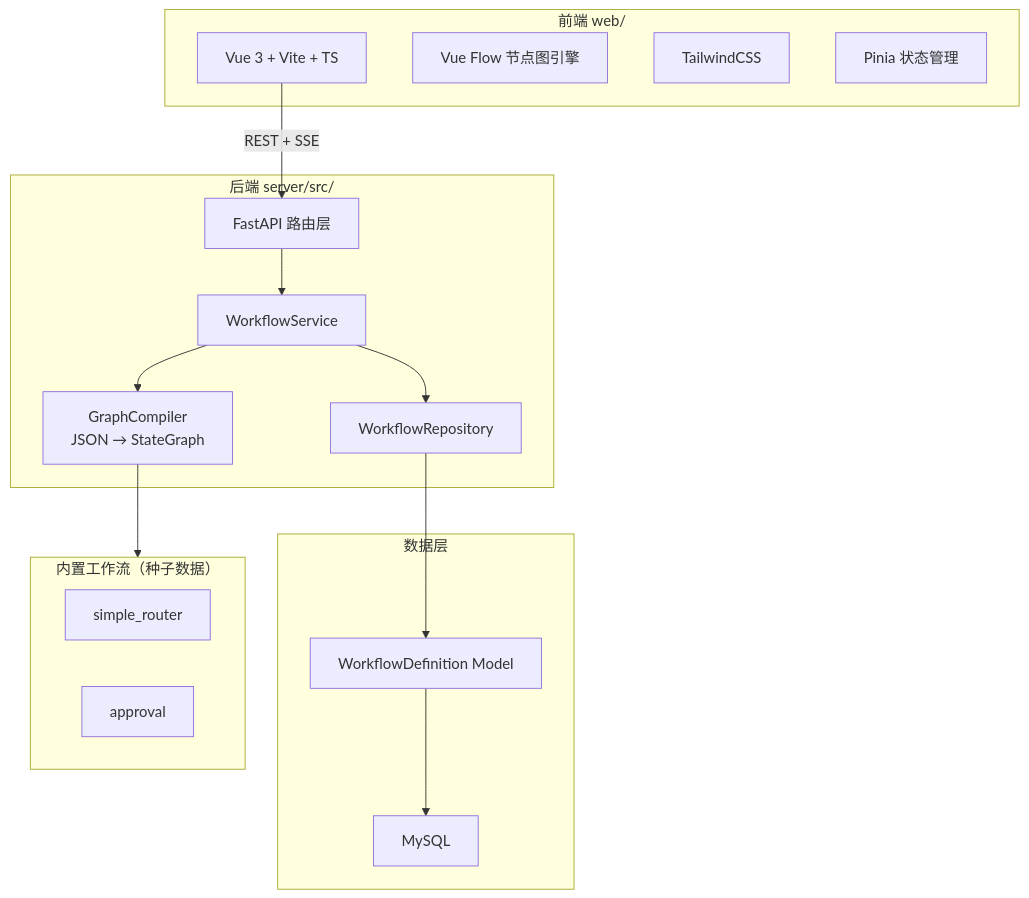
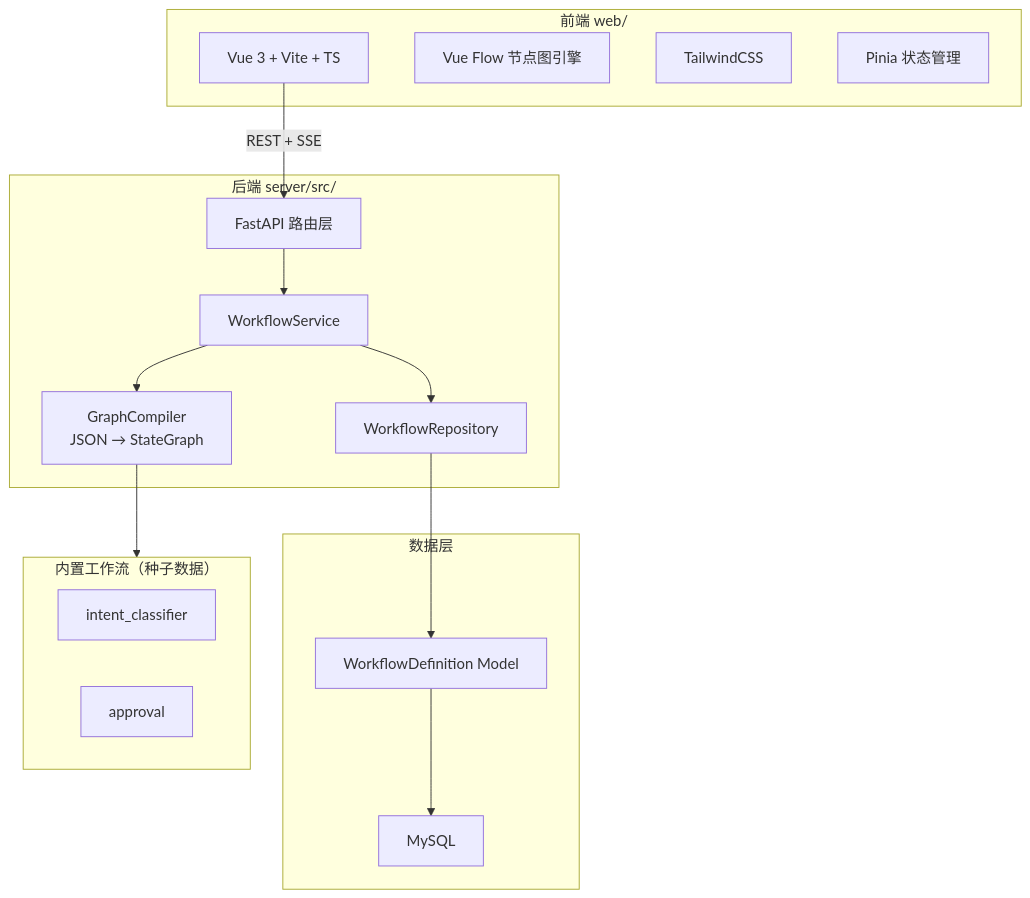
The first of 2 diagrams in .trae/documents/workflow-visualizer-tech.md (chain-engine/x-langgraph), drawn with Mermaid before and after one commit. The commit also changed other lines of this file and 11 other files, not shown here.

First line of the commit message:
refactor: rename simple_router -> intent_classifier across all files

````diff
--- a/.trae/documents/workflow-visualizer-tech.md
+++ b/.trae/documents/workflow-visualizer-tech.md
@@ -5,34 +5,34 @@
 ```mermaid
 graph TB
     subgraph Frontend["前端 web/"]
         Vue["Vue 3 + Vite + TS"]
         VF["Vue Flow 节点图引擎"]
         Tailwind["TailwindCSS"]
         Pinia["Pinia 状态管理"]
     end
 
     subgraph Backend["后端 server/src/"]
         API["FastAPI 路由层"]
         WFService["WorkflowService"]
         WFRepo["WorkflowRepository"]
         Compiler["GraphCompiler<br/>JSON → StateGraph"]
     end
 
     subgraph Data["数据层"]
         MySQL["MySQL"]
         Models["WorkflowDefinition Model"]
     end
 
     subgraph BuiltIn["内置工作流（种子数据）"]
-        SR["simple_router"]
+        IC["intent_classifier"]
         AP["approval"]
     end
 
     Vue -->|"REST + SSE"| API
     API --> WFService
     WFService --> WFRepo
     WFRepo --> Models
     Models --> MySQL
     WFService --> Compiler
     Compiler --> BuiltIn
 ```
````
